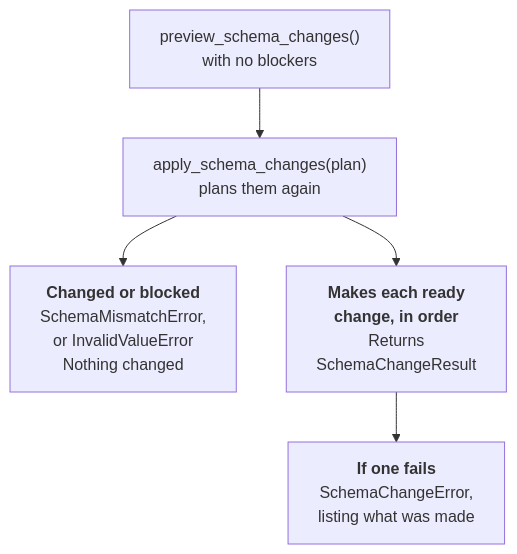
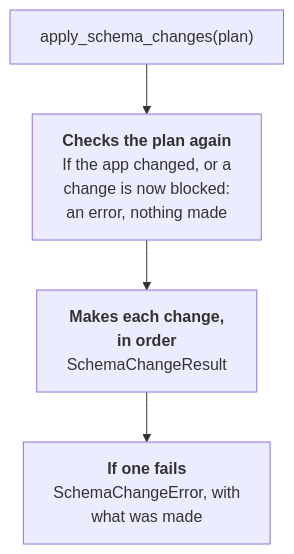
One commit to matthew-williams-solutions/pyquickbase changed the second of 2 diagrams in docs/guides/schema.md. Above: the diagram before and after it, drawn with Mermaid. The commit also changed 8 other files, not shown here.

First line of the commit message:
Simplify the docs diagrams, and add overviews of how a policy works

````diff
--- a/docs/guides/schema.md
+++ b/docs/guides/schema.md
@@ -286,7 +286,6 @@
 ```mermaid
 flowchart TD
-    P["preview_schema_changes()<br/>with no blockers"] --> A["apply_schema_changes(plan)<br/>plans them again"]
-    A --> X["<b>Changed or blocked</b><br/>SchemaMismatchError,<br/>or InvalidValueError<br/>Nothing changed"]
-    A --> G["<b>Makes each ready<br/>change, in order</b><br/>Returns<br/>SchemaChangeResult"]
-    G --> E["<b>If one fails</b><br/>SchemaChangeError,<br/>listing what was made"]
+    A["apply_schema_changes(plan)"] --> C["<b>Checks the plan again</b><br/>If the app changed, or a<br/>change is now blocked:<br/>an error, nothing made"]
+    C --> M["<b>Makes each change,<br/>in order</b><br/>SchemaChangeResult"]
+    M --> F["<b>If one fails</b><br/>SchemaChangeError, with<br/>what was made"]
 ```
````
